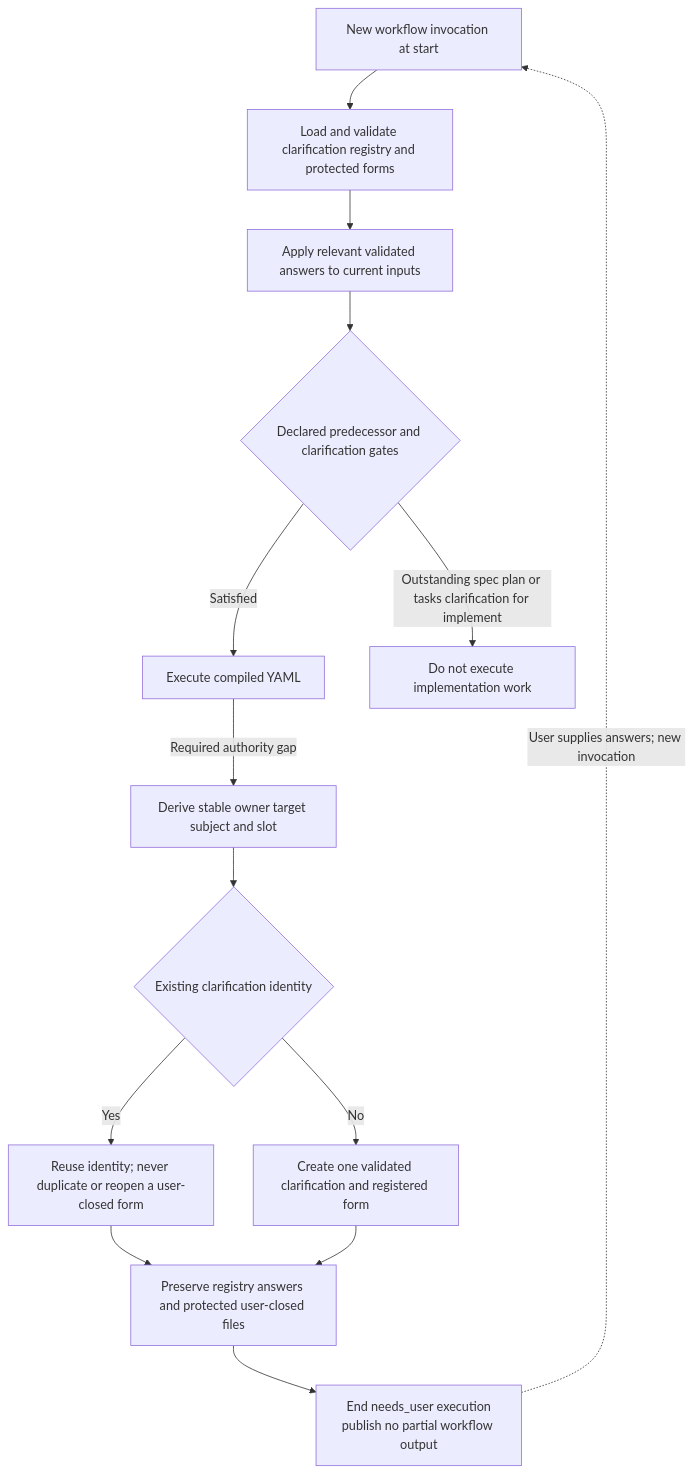
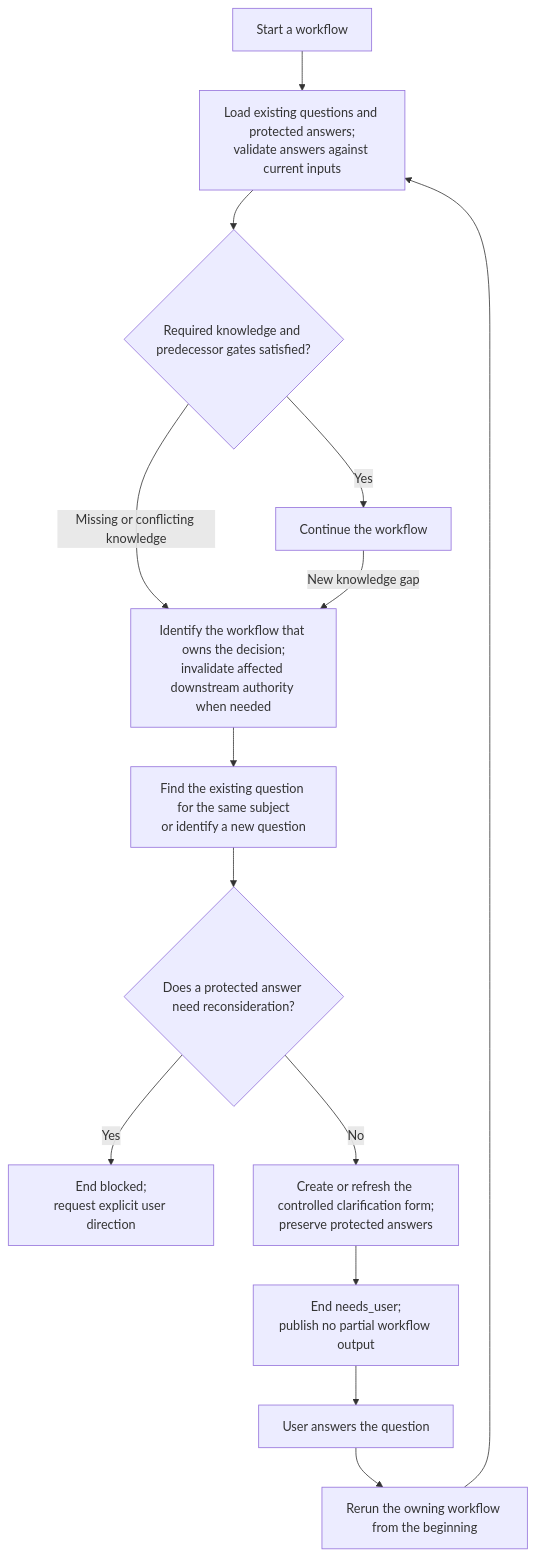
Before and after one commit to littledespot/sdde: the diagram in design/diagrams/07-clarification-lifecycle.md, drawn with Mermaid. The commit also changed other lines of this file and 79 other files, not shown here.

````diff
--- a/design/diagrams/07-clarification-lifecycle.md
+++ b/design/diagrams/07-clarification-lifecycle.md
@@ -5,16 +3,16 @@
 ```mermaid
 flowchart TD
-    START[New workflow invocation at start] --> LOAD[Load and validate clarification registry and protected forms]
-    LOAD --> ANSWERS[Apply relevant validated answers to current inputs]
-    ANSWERS --> GATE{Declared predecessor and clarification gates}
-    GATE -- Satisfied --> RUN[Execute compiled YAML]
-    GATE -- Outstanding spec plan or tasks clarification for implement --> BLOCK[Do not execute implementation work]
-    RUN -- Required authority gap --> SUBJECT[Derive stable owner target subject and slot]
-    SUBJECT --> FIND{Existing clarification identity}
-    FIND -- Yes --> REUSE[Reuse identity; never duplicate or reopen a user-closed form]
-    FIND -- No --> CREATE[Create one validated clarification and registered form]
-    REUSE --> PRESERVE[Preserve registry answers and protected user-closed files]
-    CREATE --> PRESERVE
-    PRESERVE --> END[End needs_user execution<br/>publish no partial workflow output]
-    END -. User supplies answers; new invocation .-> START
+    START["Start a workflow"] --> LOAD["Load existing questions and protected answers;<br/>validate answers against current inputs"]
+    LOAD --> GATE{"Required knowledge and predecessor gates satisfied?"}
+    GATE -->|Yes| RUN["Continue the workflow"]
+    GATE -->|Missing or conflicting knowledge| OWNER["Identify the workflow that owns the decision;<br/>invalidate affected downstream authority when needed"]
+    RUN -->|New knowledge gap| OWNER
+    OWNER --> SUBJECT["Find the existing question for the same subject<br/>or identify a new question"]
+    SUBJECT --> PROTECTED{"Does a protected answer need reconsideration?"}
+    PROTECTED -->|Yes| BLOCKED["End blocked;<br/>request explicit user direction"]
+    PROTECTED -->|No| SAVE["Create or refresh the controlled clarification form;<br/>preserve protected answers"]
+    SAVE --> WAIT["End needs_user;<br/>publish no partial workflow output"]
+    WAIT --> USER["User answers the question"]
+    USER --> RERUN["Rerun the owning workflow from the beginning"]
+    RERUN --> LOAD
 ```
````
